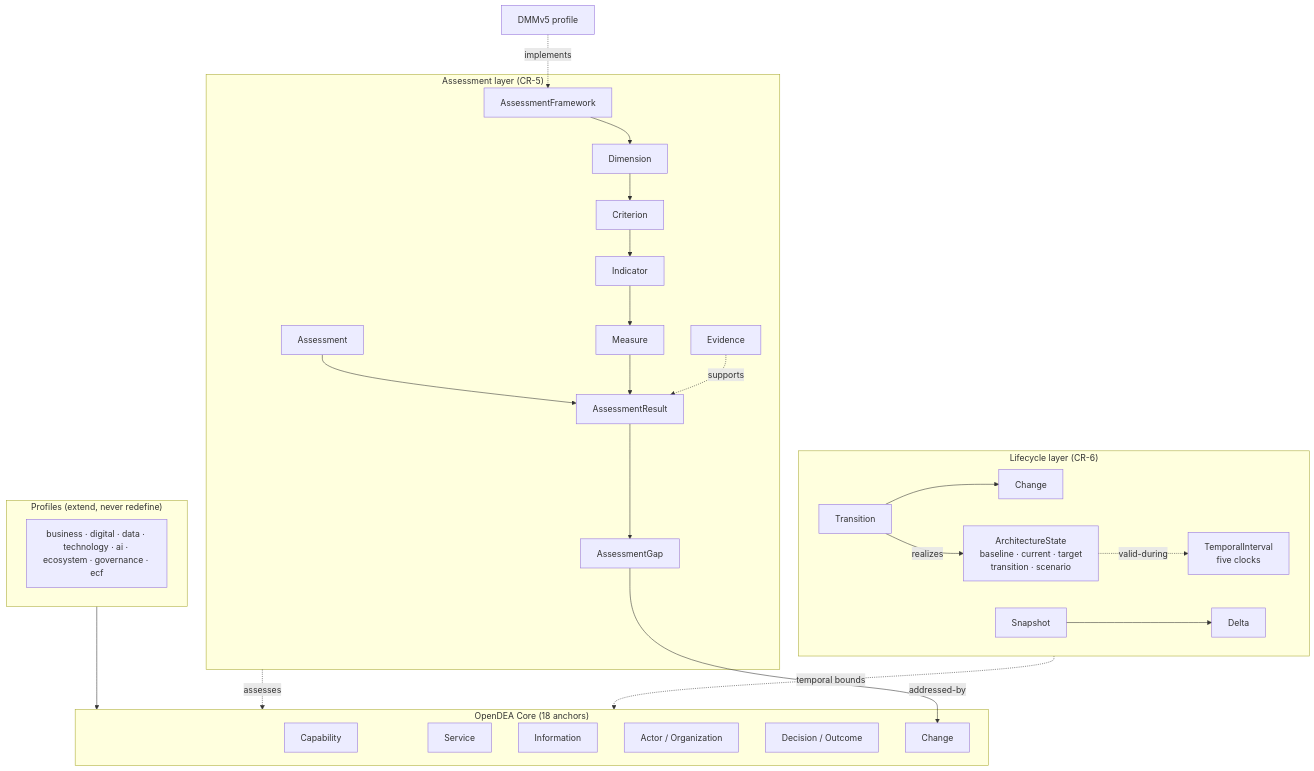
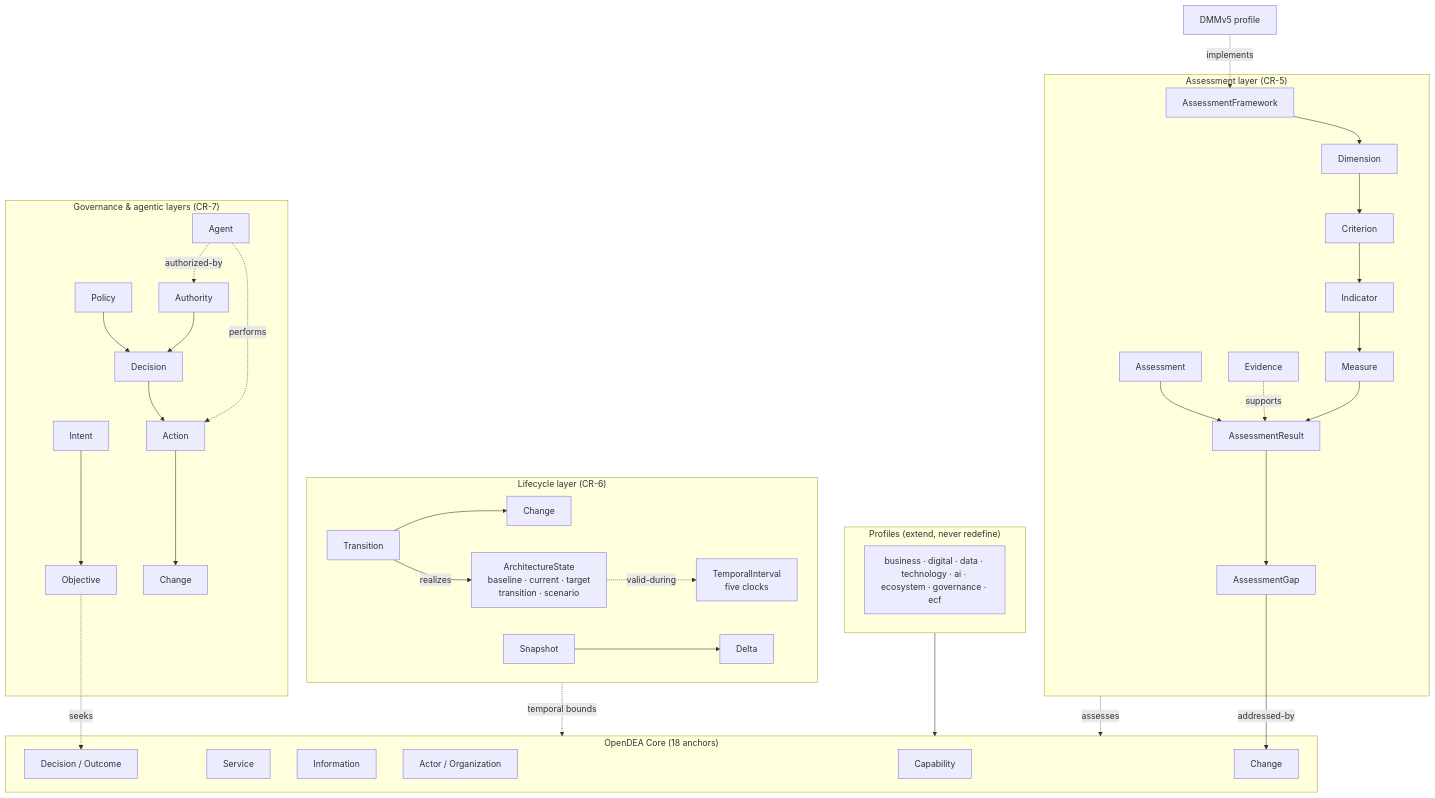
Before and after one commit to technehub-labs/dea-metamodel: the diagram in README.md, drawn with Mermaid. The commit also changed other lines of this file and 1 other file, not shown here.

Commit message:
docs: CR-7 rationale — governance-agentic knowledge base note, README row + governance layer in ontology graph (#81)

````diff
--- a/README.md
+++ b/README.md
@@ -112,30 +113,39 @@
 ```mermaid
 graph TD
     subgraph CORE["OpenDEA Core (18 anchors)"]
         C1[Capability] & C2[Service] & C3[Information]
         C4[Actor / Organization] & C5[Decision / Outcome] & C6[Change]
     end
     subgraph PROFILES["Profiles (extend, never redefine)"]
         P1[business · digital · data · technology · ai · ecosystem · governance · ecf]
     end
     subgraph ASSESS["Assessment layer (CR-5)"]
         AF[AssessmentFramework] --> D[Dimension] --> CR[Criterion] --> I[Indicator] --> M[Measure]
         A[Assessment] --> AR[AssessmentResult]
         M --> AR
         AR --> GAP[AssessmentGap]
         E[Evidence] -.supports.-> AR
     end
     subgraph LIFE["Lifecycle layer (CR-6)"]
         TI[TemporalInterval<br/>five clocks]
         AS[ArchitectureState<br/>baseline · current · target<br/>transition · scenario]
         TR[Transition] --> CH[Change]
         SS[Snapshot] --> DL[Delta]
     end
+    subgraph GOV["Governance & agentic layers (CR-7)"]
+        IN[Intent] --> OB[Objective]
+        PO[Policy] --> DE[Decision]
+        AU[Authority] --> DE
+        DE --> AC[Action] --> CHG[Change]
+        AG[Agent] -. performs .-> AC
+        AG -. authorized-by .-> AU
+    end
     DMM[DMMv5 profile] -. implements .-> AF
     PROFILES --> CORE
     ASSESS -. assesses .-> CORE
     LIFE -. temporal bounds .-> CORE
     AS -. valid-during .-> TI
     GAP -- addressed-by --> C6
     TR -- realizes --> AS
+    OB -. seeks .-> C5
 ```
````
